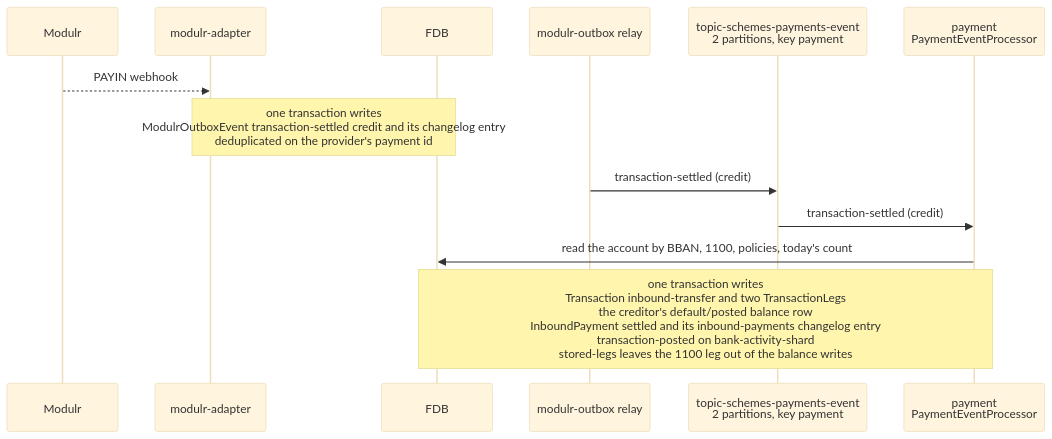
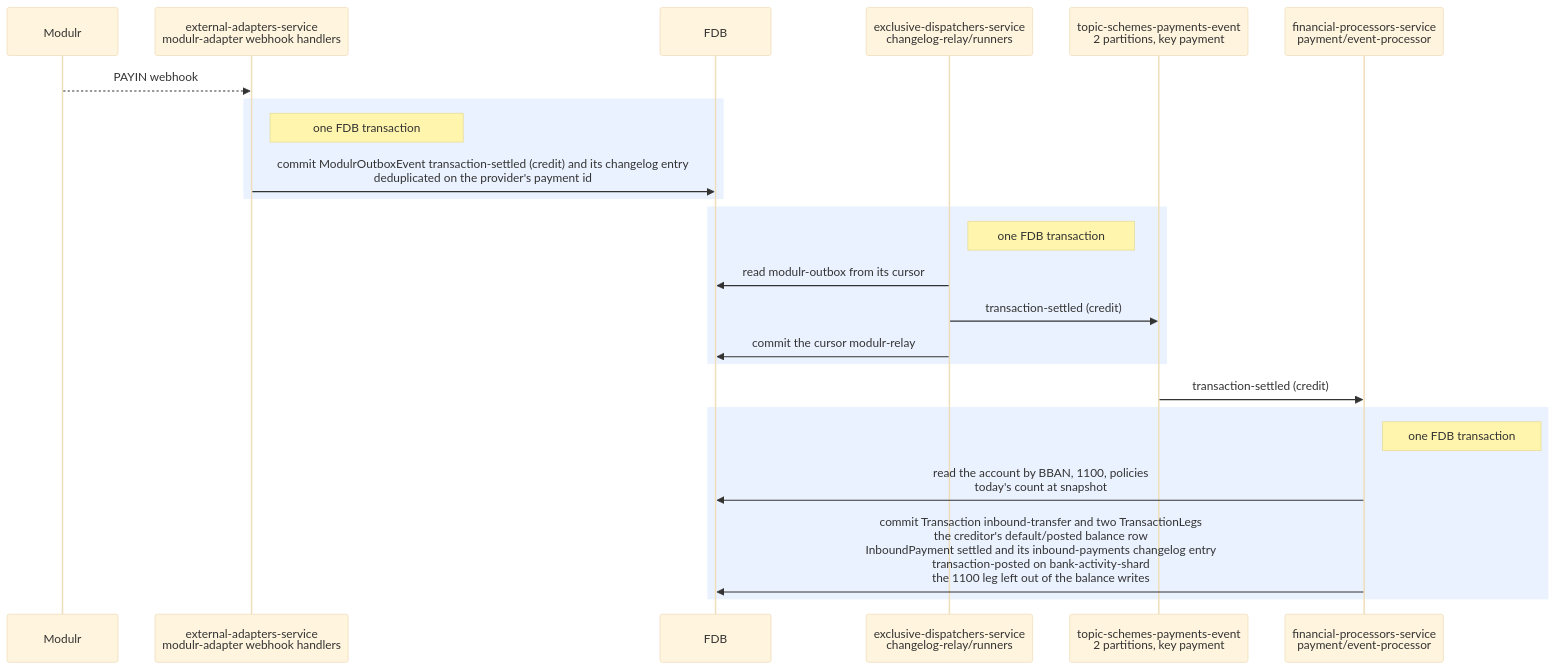
Before and after one commit to repldriven/queenswood: the second of 6 diagrams in docs/tdd/payments-inbound.md, drawn with Mermaid (base theme). The commit also changed other lines of this file and 1 other file, not shown here.

First line of the commit message:
Draw each FDB transaction as a commit to it, and name every participant as it is in the code

````diff
--- a/docs/tdd/payments-inbound.md
+++ b/docs/tdd/payments-inbound.md
@@ -75,15 +85,26 @@
 ```mermaid
 sequenceDiagram
     participant PR as Modulr
-    participant AD as modulr-adapter
+    participant WH as external-adapters-service<br/>modulr-adapter webhook handlers
     participant DB as FDB
-    participant OR as modulr-outbox relay
+    participant OR as exclusive-dispatchers-service<br/>changelog-relay/runners
     participant SE as topic-schemes-payments-event<br/>2 partitions, key payment
-    participant PE as payment<br/>PaymentEventProcessor
-    PR-->>AD: PAYIN webhook
-    Note over AD,DB: one transaction writes<br/>ModulrOutboxEvent transaction-settled credit and its changelog entry<br/>deduplicated on the provider's payment id
+    participant PE as financial-processors-service<br/>payment/event-processor
+    PR-->>WH: PAYIN webhook
+    rect rgb(235, 242, 255)
+    Note right of WH: one FDB transaction
+    WH->>DB: commit ModulrOutboxEvent transaction-settled (credit) and its changelog entry<br/>deduplicated on the provider's payment id
+    end
+    rect rgb(235, 242, 255)
+    Note right of OR: one FDB transaction
+    OR->>DB: read modulr-outbox from its cursor
     OR->>SE: transaction-settled (credit)
+    OR->>DB: commit the cursor modulr-relay
+    end
     SE->>PE: transaction-settled (credit)
-    PE->>DB: read the account by BBAN, 1100, policies, today's count
-    Note over PE,DB: one transaction writes<br/>Transaction inbound-transfer and two TransactionLegs<br/>the creditor's default/posted balance row<br/>InboundPayment settled and its inbound-payments changelog entry<br/>transaction-posted on bank-activity-shard<br/>stored-legs leaves the 1100 leg out of the balance writes
+    rect rgb(235, 242, 255)
+    Note right of PE: one FDB transaction
+    PE->>DB: read the account by BBAN, 1100, policies<br/>today's count at snapshot
+    PE->>DB: commit Transaction inbound-transfer and two TransactionLegs<br/>the creditor's default/posted balance row<br/>InboundPayment settled and its inbound-payments changelog entry<br/>transaction-posted on bank-activity-shard<br/>the 1100 leg left out of the balance writes
+    end
 ```
````
